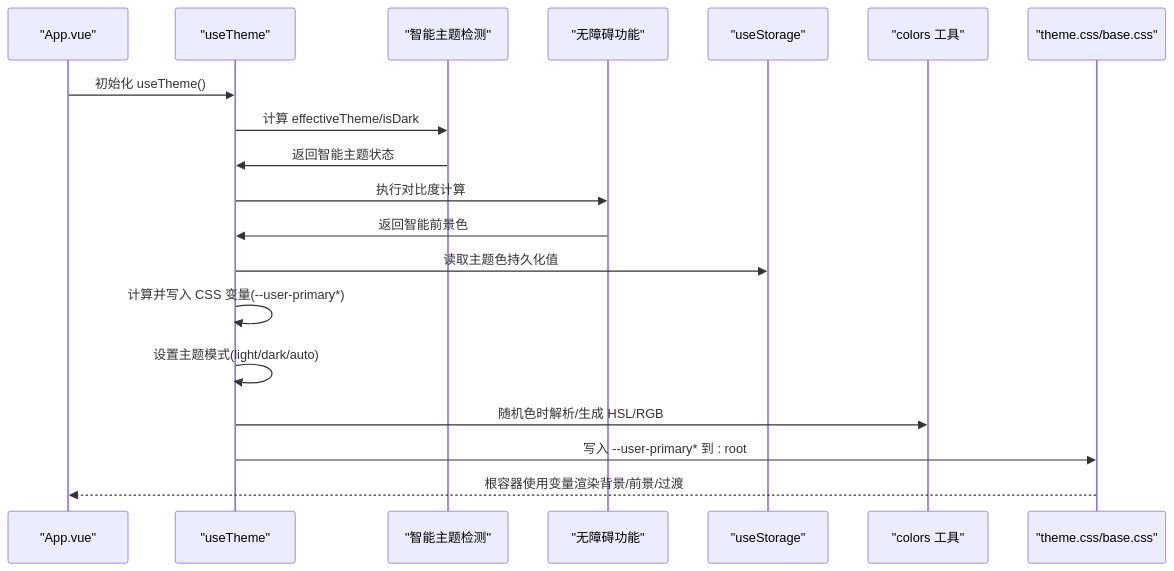
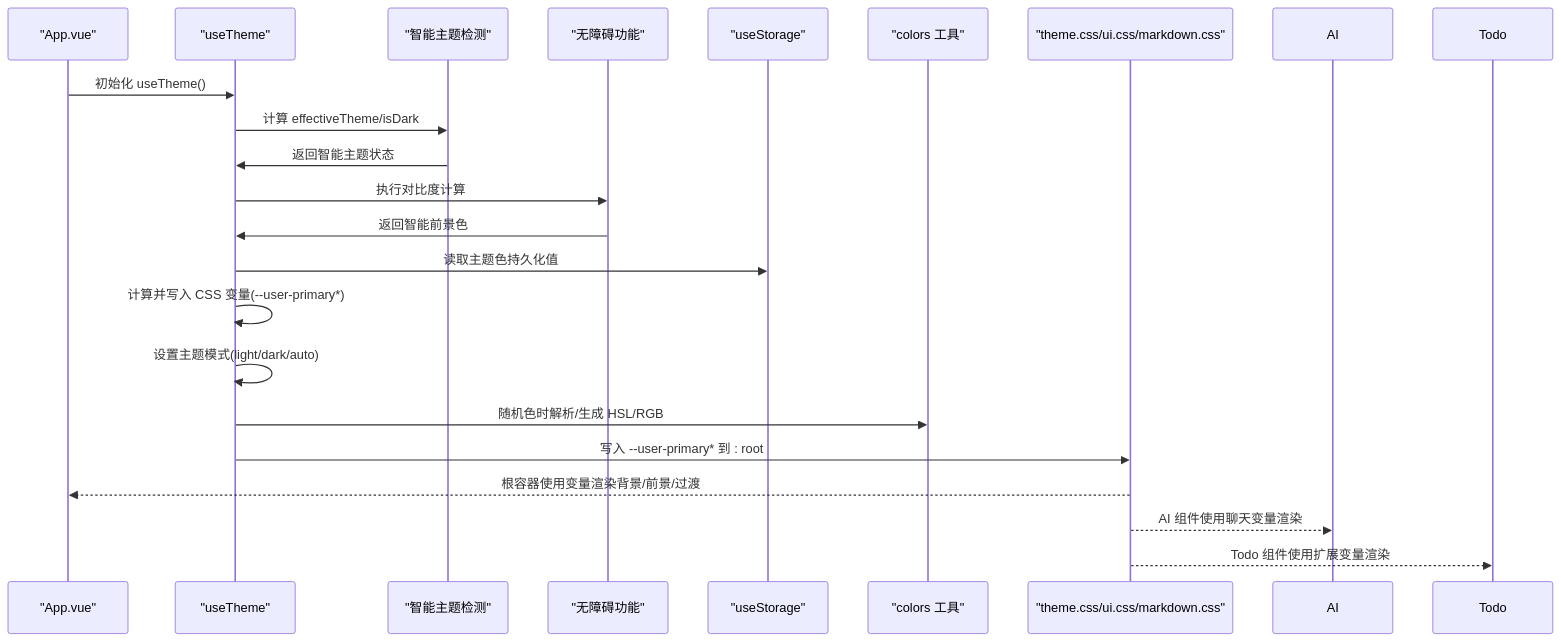
The second of 7 diagrams in .qoder/repowiki/zh/content/前端开发/UI组件库/主题系统.md (xixixiaoyu/Todo), drawn with Mermaid before and after one commit. The commit also changed other lines of this file and 6 other files, not shown here.

````diff
--- a/.qoder/repowiki/zh/content/前端开发/UI组件库/主题系统.md
+++ b/.qoder/repowiki/zh/content/前端开发/UI组件库/主题系统.md
@@ -134,21 +149,23 @@
 ```mermaid
 sequenceDiagram
 participant App as "App.vue"
 participant Theme as "useTheme"
 participant Detect as "智能主题检测"
 participant Access as "无障碍功能"
 participant Storage as "useStorage"
 participant Color as "colors 工具"
-participant CSS as "theme.css/base.css"
+participant CSS as "theme.css/ui.css/markdown.css"
 App->>Theme : 初始化 useTheme()
 Theme->>Detect : 计算 effectiveTheme/isDark
 Detect->>Theme : 返回智能主题状态
 Theme->>Access : 执行对比度计算
 Access->>Theme : 返回智能前景色
 Theme->>Storage : 读取主题色持久化值
 Theme->>Theme : 计算并写入 CSS 变量(--user-primary*)
 Theme->>Theme : 设置主题模式(light/dark/auto)
 Theme->>Color : 随机色时解析/生成 HSL/RGB
 Theme->>CSS : 写入 --user-primary* 到 : root
 CSS-->>App : 根容器使用变量渲染背景/前景/过渡
+CSS-->>AI : AI 组件使用聊天变量渲染
+CSS-->>Todo : Todo 组件使用扩展变量渲染
 ```
````
